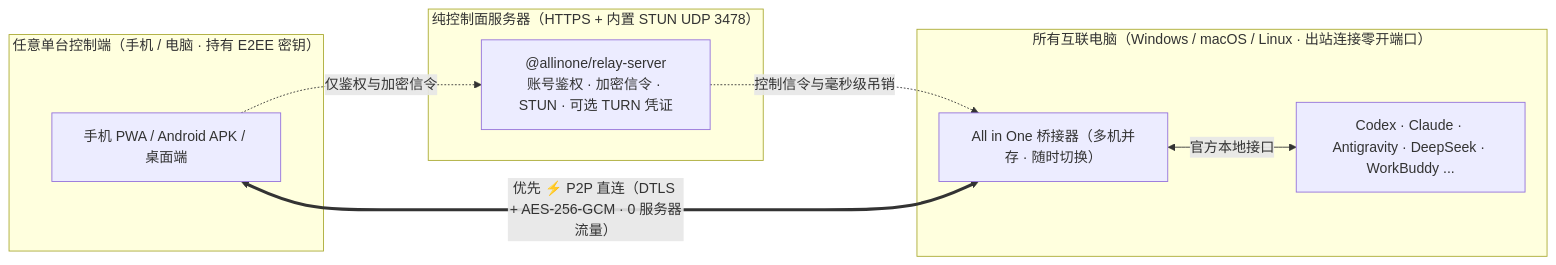
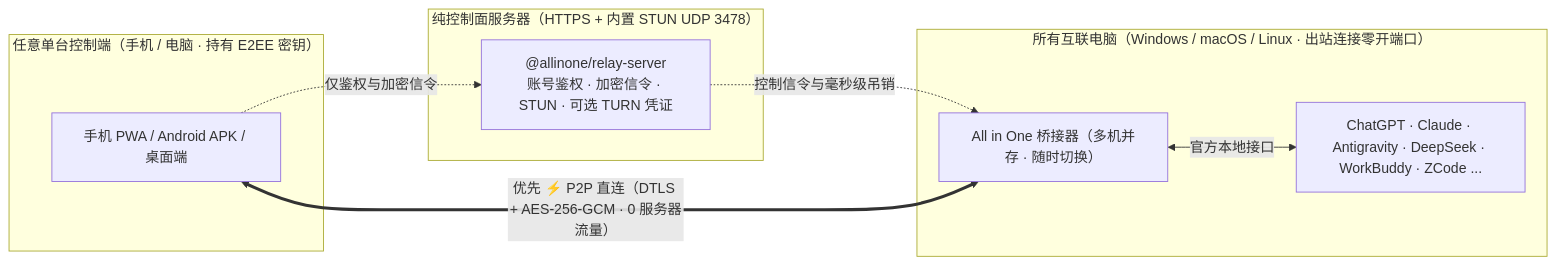
One commit to RainbowLion0320/AllinOne changed the diagram in README.md. Above: the diagram before and after it, drawn with Mermaid. The commit also changed other lines of this file and 24 other files, not shown here.

Commit message:
chore(release): v1.0.36 — rebrand OpenAI Codex to ChatGPT & fix ZCode history/model diagnostics

````diff
--- a/README.md
+++ b/README.md
@@ -133,20 +133,20 @@
 ```mermaid
 flowchart LR
   subgraph Clients["任意单台控制端（手机 / 电脑 · 持有 E2EE 密钥）"]
     M["手机 PWA / Android APK / 桌面端"]
   end
 
   subgraph Control["纯控制面服务器（HTTPS + 内置 STUN UDP 3478）"]
     R["@allinone/relay-server<br/>账号鉴权 · 加密信令 · STUN · 可选 TURN 凭证"]
   end
 
   subgraph PC["所有互联电脑（Windows / macOS / Linux · 出站连接零开端口）"]
     B["All in One 桥接器（多机并存 · 随时切换）"]
-    A["Codex · Claude · Antigravity · DeepSeek · WorkBuddy ..."]
+    A["ChatGPT · Claude · Antigravity · DeepSeek · WorkBuddy · ZCode ..."]
     B <-->|"官方本地接口"| A
   end
 
   M -.->|"仅鉴权与加密信令"| R
   R -.->|"控制信令与毫秒级吊销"| B
   M <==>|"优先 ⚡ P2P 直连（DTLS + AES-256-GCM · 0 服务器流量）"| B
 ```
````
